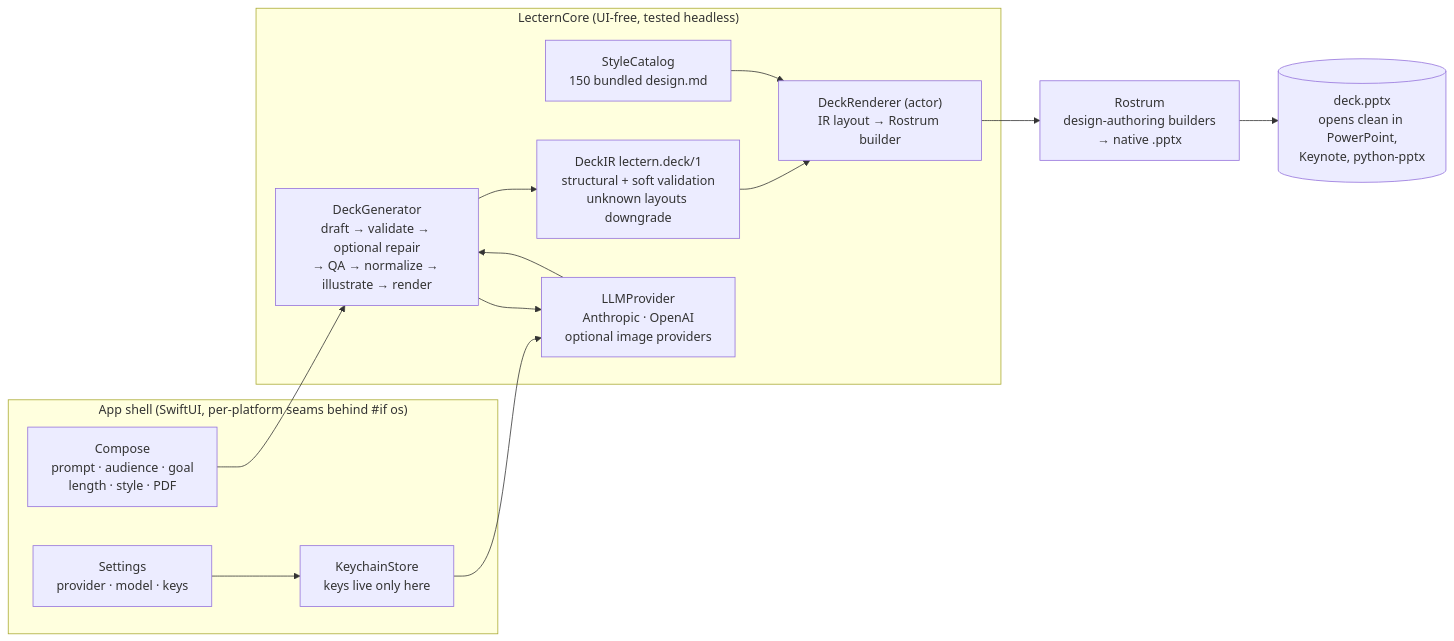
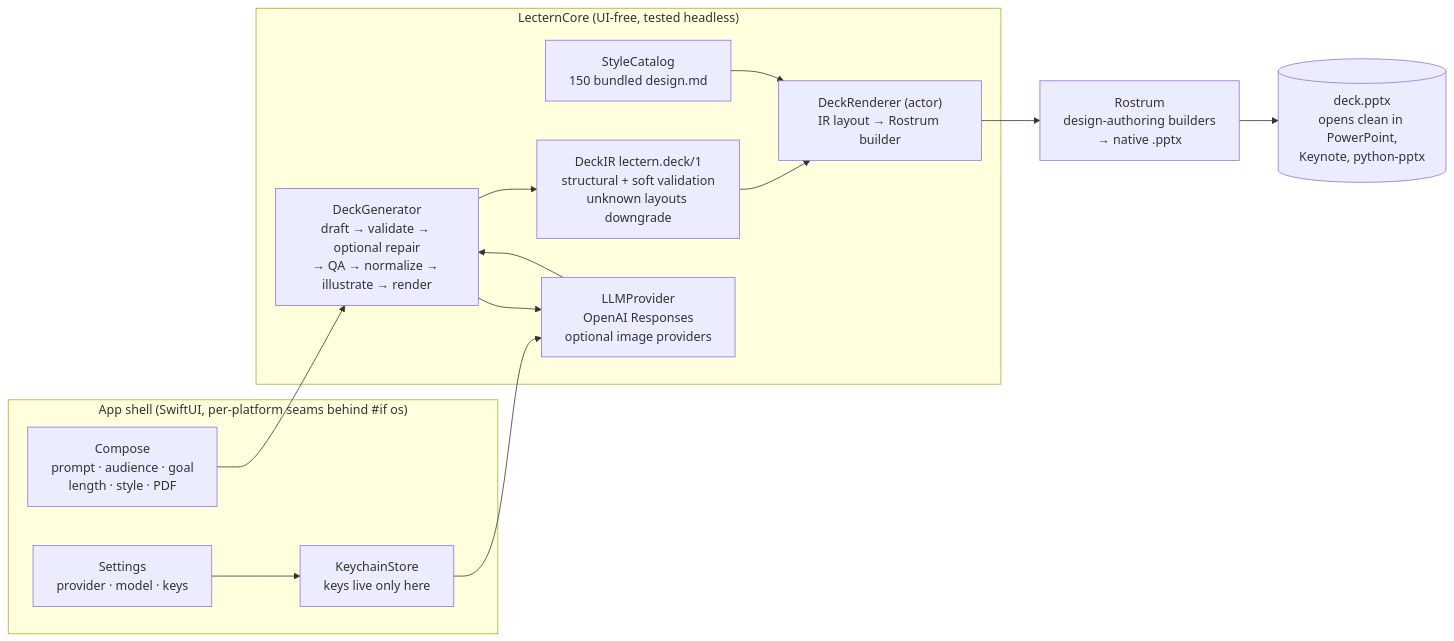
The diagram in Lectern/README.md (welshofer/rostrum), drawn with Mermaid before and after one commit. The commit also changed other lines of this file and 45 other files, not shown here.

````diff
--- a/Lectern/README.md
+++ b/Lectern/README.md
@@ -28,28 +28,28 @@
 ```mermaid
 flowchart LR
     subgraph Shell["App shell (SwiftUI, per-platform seams behind #if os)"]
         UI["Compose<br/>prompt · audience · goal<br/>length · style · PDF"]
         SET["Settings<br/>provider · model · keys"]
         KC["KeychainStore<br/>keys live only here"]
     end
     subgraph Core["LecternCore (UI-free, tested headless)"]
         GEN["DeckGenerator<br/>draft → validate → optional repair<br/>→ QA → normalize → illustrate → render"]
         IR["DeckIR lectern.deck/1<br/>structural + soft validation<br/>unknown layouts downgrade"]
         REN["DeckRenderer (actor)<br/>IR layout → Rostrum builder"]
         CAT["StyleCatalog<br/>150 bundled design.md"]
-        PROV["LLMProvider<br/>Anthropic · OpenAI<br/>optional image providers"]
+        PROV["LLMProvider<br/>OpenAI Responses<br/>optional image providers"]
     end
     R["Rostrum<br/>design-authoring builders<br/>→ native .pptx"]
     OUT[("deck.pptx<br/>opens clean in PowerPoint,<br/>Keynote, python-pptx")]
 
     UI --> GEN
     SET --> KC
     KC --> PROV
     GEN --> PROV
     PROV --> GEN
     GEN --> IR
     IR --> REN
     CAT --> REN
     REN --> R
     R --> OUT
 ```
````
